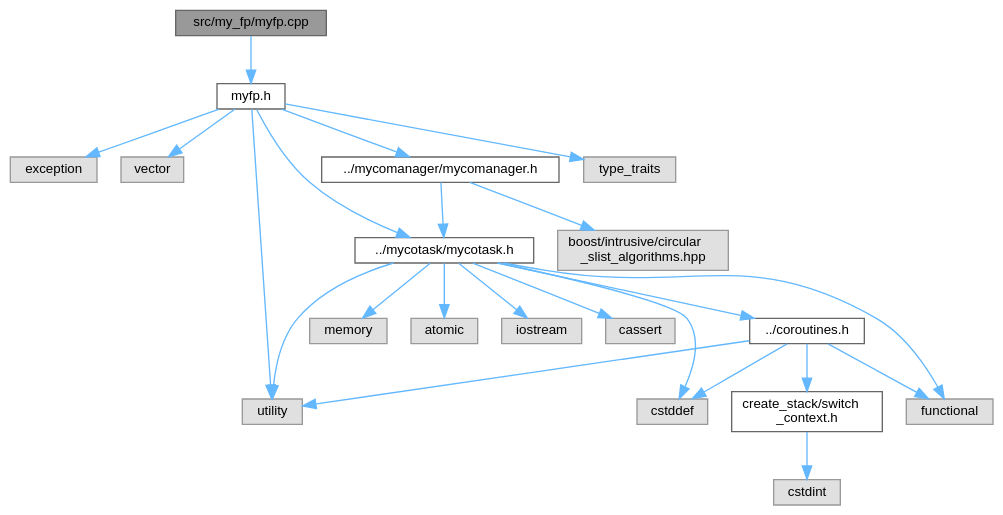
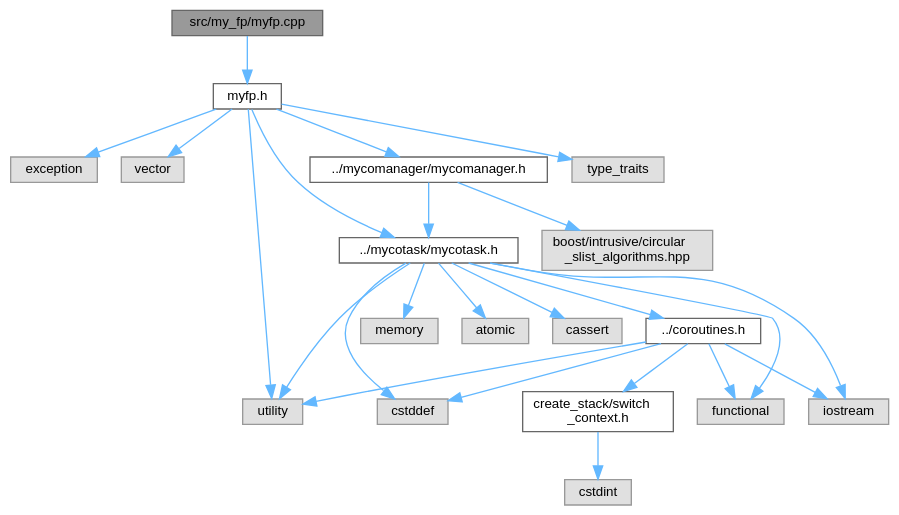
One commit to lalkaman1981/coroutins changed the diagram in myfp_8cpp__incl.dot. Above: the diagram before and after it, drawn with Graphviz. The commit also changed 16 other files, not shown here.

```diff
--- a/myfp_8cpp__incl.dot
+++ b/myfp_8cpp__incl.dot
@@ -1,47 +1,48 @@
 digraph "src/my_fp/myfp.cpp"
 {
  // LATEX_PDF_SIZE
   bgcolor="transparent";
   edge [fontname=Helvetica,fontsize=10,labelfontname=Helvetica,labelfontsize=10];
   node [fontname=Helvetica,fontsize=10,shape=box,height=0.2,width=0.4];
   Node1 [id="Node000001",label="src/my_fp/myfp.cpp",height=0.2,width=0.4,color="gray40", fillcolor="grey60", style="filled", fontcolor="black",tooltip="Implementation of promise-future void specializations."];
   Node1 -> Node2 [id="edge1_Node000001_Node000002",color="steelblue1",style="solid",tooltip=" "];
   Node2 [id="Node000002",label="myfp.h",height=0.2,width=0.4,color="grey40", fillcolor="white", style="filled",URL="$myfp_8h.html",tooltip="Promise/Future pattern implementation for coroutines."];
   Node2 -> Node3 [id="edge2_Node000002_Node000003",color="steelblue1",style="solid",tooltip=" "];
   Node3 [id="Node000003",label="exception",height=0.2,width=0.4,color="grey60", fillcolor="#E0E0E0", style="filled",tooltip=" "];
   Node2 -> Node4 [id="edge3_Node000002_Node000004",color="steelblue1",style="solid",tooltip=" "];
   Node4 [id="Node000004",label="vector",height=0.2,width=0.4,color="grey60", fillcolor="#E0E0E0", style="filled",tooltip=" "];
   Node2 -> Node5 [id="edge4_Node000002_Node000005",color="steelblue1",style="solid",tooltip=" "];
   Node5 [id="Node000005",label="utility",height=0.2,width=0.4,color="grey60", fillcolor="#E0E0E0", style="filled",tooltip=" "];
   Node2 -> Node6 [id="edge5_Node000002_Node000006",color="steelblue1",style="solid",tooltip=" "];
   Node6 [id="Node000006",label="type_traits",height=0.2,width=0.4,color="grey60", fillcolor="#E0E0E0", style="filled",tooltip=" "];
   Node2 -> Node7 [id="edge6_Node000002_Node000007",color="steelblue1",style="solid",tooltip=" "];
   Node7 [id="Node000007",label="../mycomanager/mycomanager.h",height=0.2,width=0.4,color="grey40", fillcolor="white", style="filled",URL="$mycomanager_8h.html",tooltip="Coroutine scheduler for managing multiple cooperative tasks."];
   Node7 -> Node8 [id="edge7_Node000007_Node000008",color="steelblue1",style="solid",tooltip=" "];
   Node8 [id="Node000008",label="../mycotask/mycotask.h",height=0.2,width=0.4,color="grey40", fillcolor="white", style="filled",URL="$mycotask_8h.html",tooltip="Stackful coroutine implementation with cooperative multitasking."];
   Node8 -> Node9 [id="edge8_Node000008_Node000009",color="steelblue1",style="solid",tooltip=" "];
   Node9 [id="Node000009",label="cstddef",height=0.2,width=0.4,color="grey60", fillcolor="#E0E0E0", style="filled",tooltip=" "];
   Node8 -> Node10 [id="edge9_Node000008_Node000010",color="steelblue1",style="solid",tooltip=" "];
   Node10 [id="Node000010",label="functional",height=0.2,width=0.4,color="grey60", fillcolor="#E0E0E0", style="filled",tooltip=" "];
   Node8 -> Node11 [id="edge10_Node000008_Node000011",color="steelblue1",style="solid",tooltip=" "];
   Node11 [id="Node000011",label="memory",height=0.2,width=0.4,color="grey60", fillcolor="#E0E0E0", style="filled",tooltip=" "];
   Node8 -> Node12 [id="edge11_Node000008_Node000012",color="steelblue1",style="solid",tooltip=" "];
   Node12 [id="Node000012",label="atomic",height=0.2,width=0.4,color="grey60", fillcolor="#E0E0E0", style="filled",tooltip=" "];
   Node8 -> Node13 [id="edge12_Node000008_Node000013",color="steelblue1",style="solid",tooltip=" "];
   Node13 [id="Node000013",label="../coroutines.h",height=0.2,width=0.4,color="grey40", fillcolor="white", style="filled",URL="$coroutines_8h.html",tooltip="Main coroutine API header."];
   Node13 -> Node9 [id="edge13_Node000013_Node000009",color="steelblue1",style="solid",tooltip=" "];
   Node13 -> Node10 [id="edge14_Node000013_Node000010",color="steelblue1",style="solid",tooltip=" "];
   Node13 -> Node5 [id="edge15_Node000013_Node000005",color="steelblue1",style="solid",tooltip=" "];
   Node13 -> Node14 [id="edge16_Node000013_Node000014",color="steelblue1",style="solid",tooltip=" "];
-  Node14 [id="Node000014",label="create_stack/switch\l_context.h",height=0.2,width=0.4,color="grey40", fillcolor="white", style="filled",URL="$switch__context_8h.html",tooltip="Core data structures for coroutine context switching."];
-  Node14 -> Node15 [id="edge17_Node000014_Node000015",color="steelblue1",style="solid",tooltip=" "];
-  Node15 [id="Node000015",label="cstdint",height=0.2,width=0.4,color="grey60", fillcolor="#E0E0E0", style="filled",tooltip=" "];
-  Node8 -> Node16 [id="edge18_Node000008_Node000016",color="steelblue1",style="solid",tooltip=" "];
-  Node16 [id="Node000016",label="iostream",height=0.2,width=0.4,color="grey60", fillcolor="#E0E0E0", style="filled",tooltip=" "];
-  Node8 -> Node5 [id="edge19_Node000008_Node000005",color="steelblue1",style="solid",tooltip=" "];
-  Node8 -> Node17 [id="edge20_Node000008_Node000017",color="steelblue1",style="solid",tooltip=" "];
+  Node14 [id="Node000014",label="iostream",height=0.2,width=0.4,color="grey60", fillcolor="#E0E0E0", style="filled",tooltip=" "];
+  Node13 -> Node15 [id="edge17_Node000013_Node000015",color="steelblue1",style="solid",tooltip=" "];
+  Node15 [id="Node000015",label="create_stack/switch\l_context.h",height=0.2,width=0.4,color="grey40", fillcolor="white", style="filled",URL="$switch__context_8h.html",tooltip="Core data structures for coroutine context switching."];
+  Node15 -> Node16 [id="edge18_Node000015_Node000016",color="steelblue1",style="solid",tooltip=" "];
+  Node16 [id="Node000016",label="cstdint",height=0.2,width=0.4,color="grey60", fillcolor="#E0E0E0", style="filled",tooltip=" "];
+  Node8 -> Node14 [id="edge19_Node000008_Node000014",color="steelblue1",style="solid",tooltip=" "];
+  Node8 -> Node5 [id="edge20_Node000008_Node000005",color="steelblue1",style="solid",tooltip=" "];
+  Node8 -> Node17 [id="edge21_Node000008_Node000017",color="steelblue1",style="solid",tooltip=" "];
   Node17 [id="Node000017",label="cassert",height=0.2,width=0.4,color="grey60", fillcolor="#E0E0E0", style="filled",tooltip=" "];
-  Node7 -> Node18 [id="edge21_Node000007_Node000018",color="steelblue1",style="solid",tooltip=" "];
+  Node7 -> Node18 [id="edge22_Node000007_Node000018",color="steelblue1",style="solid",tooltip=" "];
   Node18 [id="Node000018",label="boost/intrusive/circular\l_slist_algorithms.hpp",height=0.2,width=0.4,color="grey60", fillcolor="#E0E0E0", style="filled",tooltip=" "];
-  Node2 -> Node8 [id="edge22_Node000002_Node000008",color="steelblue1",style="solid",tooltip=" "];
+  Node2 -> Node8 [id="edge23_Node000002_Node000008",color="steelblue1",style="solid",tooltip=" "];
 }
```
